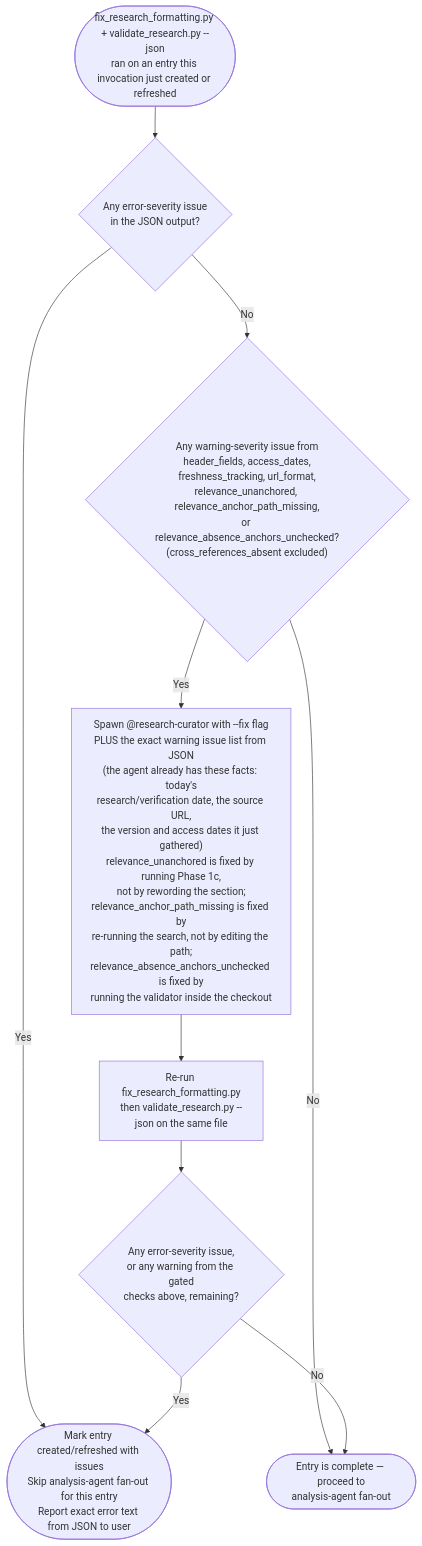
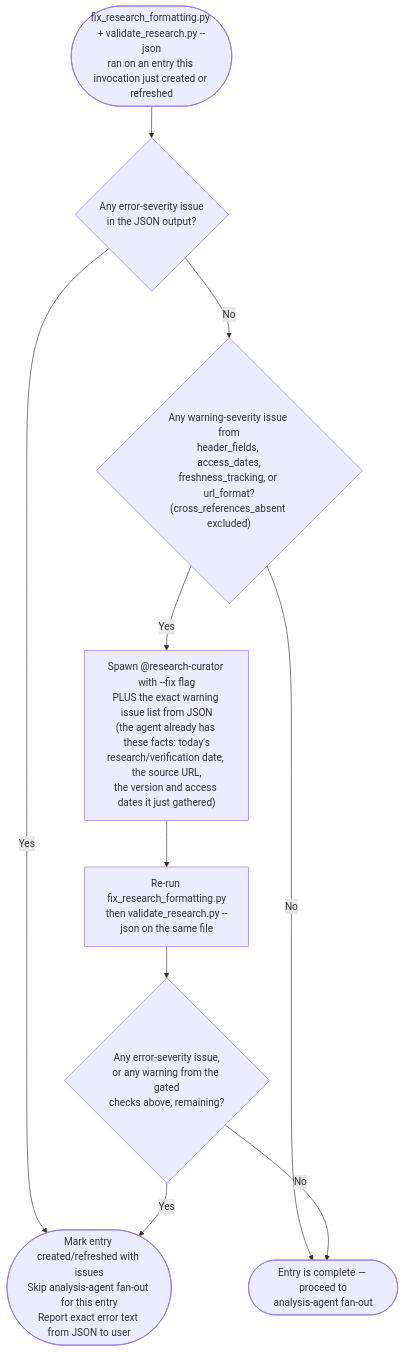
One commit to Jamie-BitFlight/claude_skills changed the diagram in .claude/skills/research-curator/references/validation-rules.md. Above: the diagram before and after it, drawn with Mermaid. The commit also changed other lines of this file and 13 other files, not shown here.

First line of the commit message:
refactor(research-curator): make entries resource-only and file overlap findings as issues (#4041)

````diff
--- a/.claude/skills/research-curator/references/validation-rules.md
+++ b/.claude/skills/research-curator/references/validation-rules.md
@@ -41,12 +34,12 @@
 ```mermaid
 flowchart TD
     Start(["fix_research_formatting.py + validate_research.py --json<br>ran on an entry this invocation just created or refreshed"]) --> HasErr{"Any error-severity issue<br>in the JSON output?"}
     HasErr -->|"Yes"| MarkIssues(["Mark entry created/refreshed with issues<br>Skip analysis-agent fan-out for this entry<br>Report exact error text from JSON to user"])
-    HasErr -->|"No"| HasGatedWarn{"Any warning-severity issue from<br>header_fields, access_dates,<br>freshness_tracking, url_format,<br>relevance_unanchored, relevance_anchor_path_missing,<br>or relevance_absence_anchors_unchecked?<br>(cross_references_absent excluded)"}
+    HasErr -->|"No"| HasGatedWarn{"Any warning-severity issue from<br>header_fields, access_dates,<br>freshness_tracking, or url_format?<br>(cross_references_absent excluded)"}
     HasGatedWarn -->|"No"| Proceed(["Entry is complete — proceed to<br>analysis-agent fan-out"])
-    HasGatedWarn -->|"Yes"| SpawnFix["Spawn @research-curator with --fix flag<br>PLUS the exact warning issue list from JSON<br>(the agent already has these facts: today's<br>research/verification date, the source URL,<br>the version and access dates it just gathered)<br>relevance_unanchored is fixed by running Phase 1c,<br>not by rewording the section;<br>relevance_anchor_path_missing is fixed by<br>re-running the search, not by editing the path;<br>relevance_absence_anchors_unchecked is fixed by<br>running the validator inside the checkout"]
+    HasGatedWarn -->|"Yes"| SpawnFix["Spawn @research-curator with --fix flag<br>PLUS the exact warning issue list from JSON<br>(the agent already has these facts: today's<br>research/verification date, the source URL,<br>the version and access dates it just gathered)"]
     SpawnFix --> Rerun["Re-run fix_research_formatting.py<br>then validate_research.py --json on the same file"]
     Rerun --> HasErr2{"Any error-severity issue,<br>or any warning from the gated<br>checks above, remaining?"}
     HasErr2 -->|"Yes"| MarkIssues
     HasErr2 -->|"No"| Proceed
 ```
````
